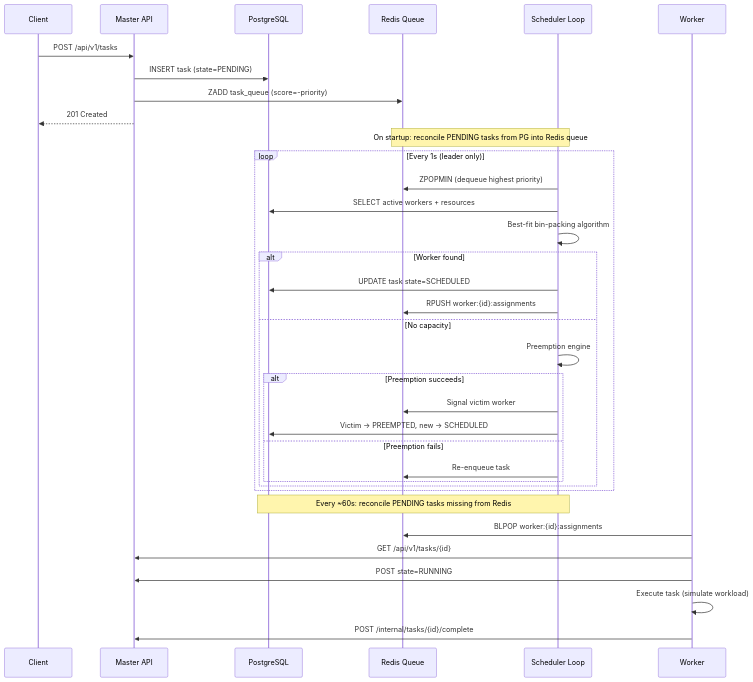
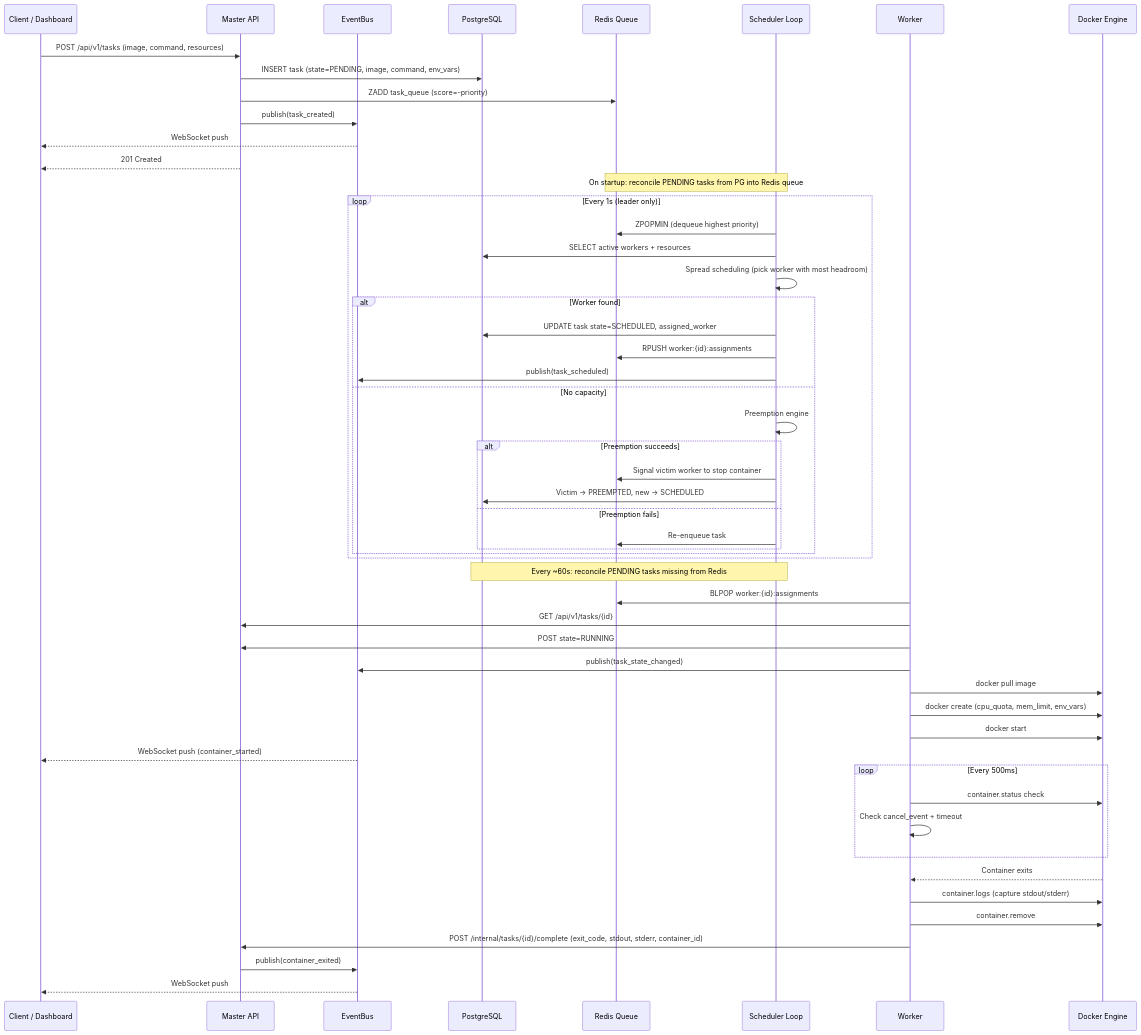
The third of 9 diagrams in docs/architecture.md (epshukla/Distributed-TaskScheduler-Chronos), drawn with Mermaid before and after one commit. The commit also changed other lines of this file and 39 other files, not shown here.

````diff
--- a/docs/architecture.md
+++ b/docs/architecture.md
@@ -100,42 +102,62 @@
 ```mermaid
 sequenceDiagram
-    participant C as Client
+    participant C as Client / Dashboard
     participant M as Master API
+    participant EB as EventBus
     participant PG as PostgreSQL
     participant RQ as Redis Queue
     participant SL as Scheduler Loop
     participant W as Worker
+    participant D as Docker Engine
 
-    C->>M: POST /api/v1/tasks
-    M->>PG: INSERT task (state=PENDING)
+    C->>M: POST /api/v1/tasks (image, command, resources)
+    M->>PG: INSERT task (state=PENDING, image, command, env_vars)
     M->>RQ: ZADD task_queue (score=-priority)
+    M->>EB: publish(task_created)
+    EB-->>C: WebSocket push
     M-->>C: 201 Created
 
     Note over SL,RQ: On startup: reconcile PENDING tasks from PG into Redis queue
 
     loop Every 1s (leader only)
         SL->>RQ: ZPOPMIN (dequeue highest priority)
         SL->>PG: SELECT active workers + resources
-        SL->>SL: Best-fit bin-packing algorithm
+        SL->>SL: Spread scheduling (pick worker with most headroom)
         alt Worker found
-            SL->>PG: UPDATE task state=SCHEDULED
+            SL->>PG: UPDATE task state=SCHEDULED, assigned_worker
             SL->>RQ: RPUSH worker:{id}:assignments
+            SL->>EB: publish(task_scheduled)
         else No capacity
             SL->>SL: Preemption engine
             alt Preemption succeeds
-                SL->>RQ: Signal victim worker
+                SL->>RQ: Signal victim worker to stop container
                 SL->>PG: Victim -> PREEMPTED, new -> SCHEDULED
             else Preemption fails
                 SL->>RQ: Re-enqueue task
             end
         end
     end
 
     Note over SL,PG: Every ~60s: reconcile PENDING tasks missing from Redis
 
     W->>RQ: BLPOP worker:{id}:assignments
     W->>M: GET /api/v1/tasks/{id}
     W->>M: POST state=RUNNING
-    W->>W: Execute task (simulate workload)
-    W->>M: POST /internal/tasks/{id}/complete
+    W->>EB: publish(task_state_changed)
+    W->>D: docker pull image
+    W->>D: docker create (cpu_quota, mem_limit, env_vars)
+    W->>D: docker start
+    EB-->>C: WebSocket push (container_started)
+
+    loop Every 500ms
+        W->>D: container.status check
+        W->>W: Check cancel_event + timeout
+    end
+
+    D-->>W: Container exits
+    W->>D: container.logs (capture stdout/stderr)
+    W->>D: container.remove
+    W->>M: POST /internal/tasks/{id}/complete (exit_code, stdout, stderr, container_id)
+    M->>EB: publish(container_exited)
+    EB-->>C: WebSocket push
 ```
````
